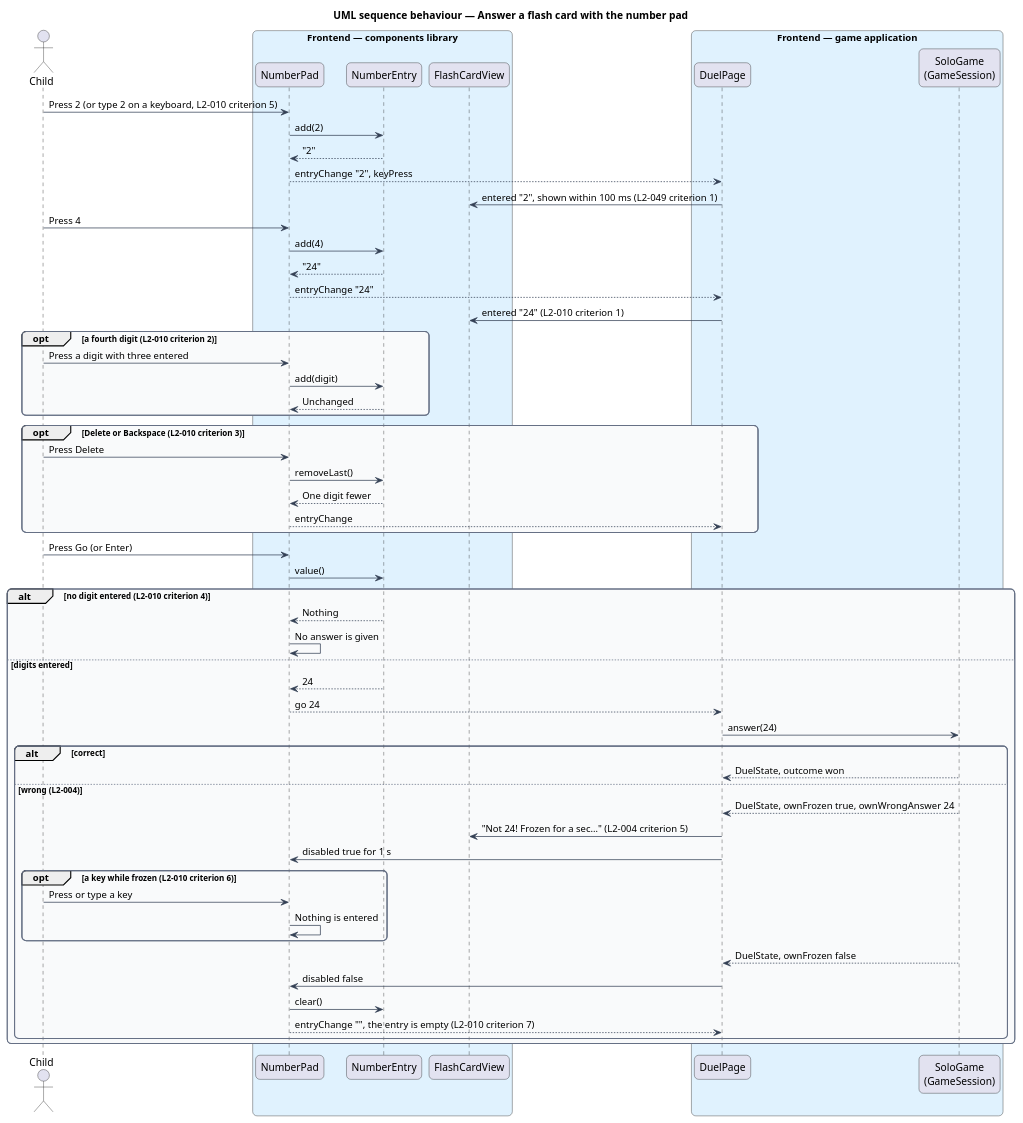
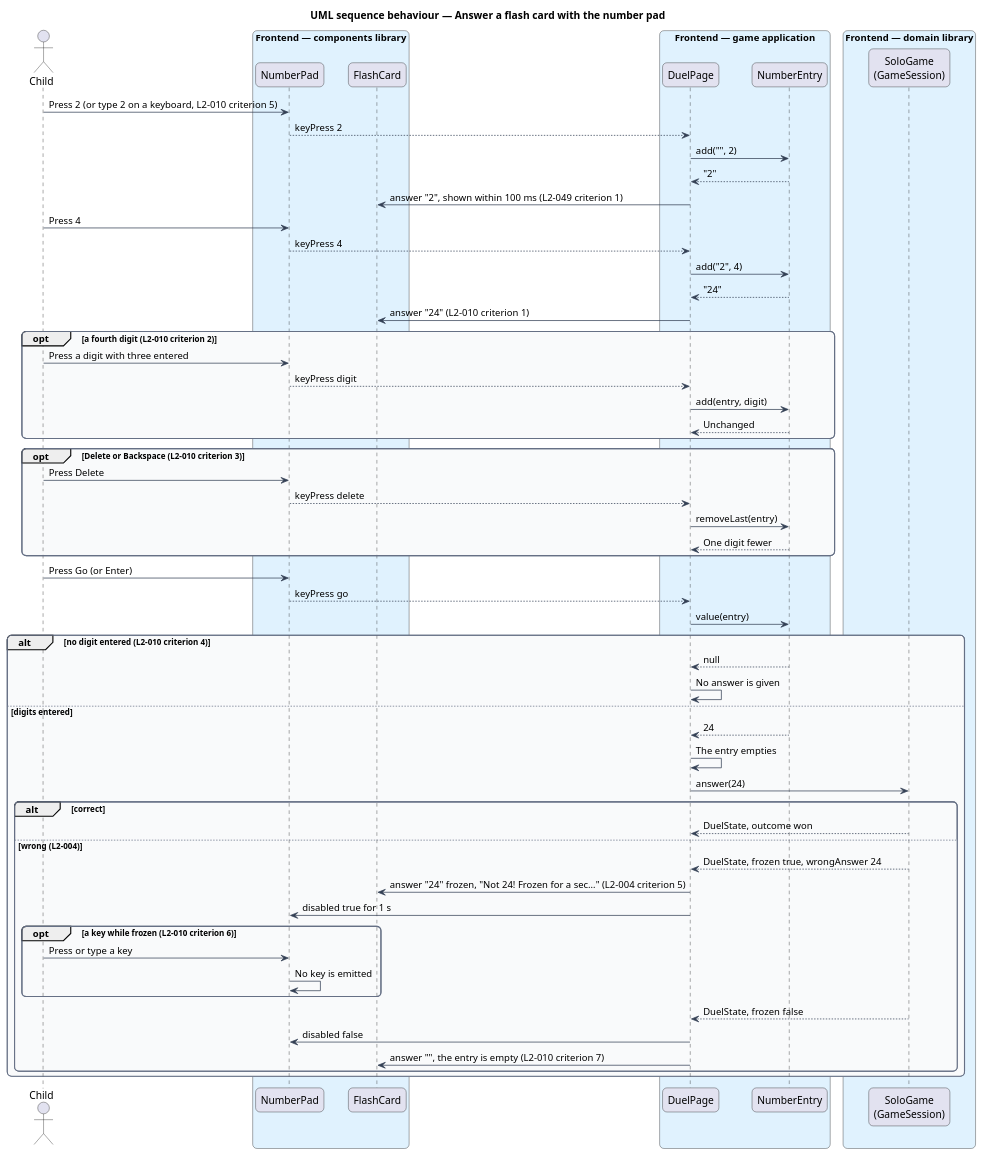
One commit to QuinntyneBrown/around-the-world changed the diagram in docs/detailed-designs/answering/answer-with-number-pad/diagrams/sequence-answer-with-number-pad.puml. Above: the diagram before and after it, drawn with PlantUML. The commit also changed 13 other files, not shown here.

First line of the commit message:
Align the designs with the solo duel, and mark journey 04 complete

```diff
--- a/docs/detailed-designs/answering/answer-with-number-pad/diagrams/sequence-answer-with-number-pad.puml
+++ b/docs/detailed-designs/answering/answer-with-number-pad/diagrams/sequence-answer-with-number-pad.puml
@@ -1,73 +1,76 @@
 @startuml
 title UML sequence behaviour — Answer a flash card with the number pad
 skinparam backgroundColor #FFFFFF
 skinparam shadowing false
 skinparam roundcorner 12
 skinparam defaultFontName Arial
 skinparam ArrowColor #344054
 skinparam rectangle {
   BorderColor #344054
   FontColor #101828
 }
 skinparam package {
   BorderColor #667085
   FontColor #101828
   BackgroundColor #F9FAFB
 }
 actor "Child" as child
 box "Frontend — components library" #E0F2FE
   participant "NumberPad" as pad
-  participant "NumberEntry" as entry
-  participant "FlashCardView" as card
+  participant "FlashCard" as card
 end box
 box "Frontend — game application" #E0F2FE
   participant "DuelPage" as page
+  participant "NumberEntry" as entry
+end box
+box "Frontend — domain library" #E0F2FE
   participant "SoloGame\n(GameSession)" as solo
 end box
 child -> pad : Press 2 (or type 2 on a keyboard, L2-010 criterion 5)
-pad -> entry : add(2)
-entry --> pad : "2"
-pad --> page : entryChange "2", keyPress
-page -> card : entered "2", shown within 100 ms (L2-049 criterion 1)
+pad --> page : keyPress 2
+page -> entry : add("", 2)
+entry --> page : "2"
+page -> card : answer "2", shown within 100 ms (L2-049 criterion 1)
 child -> pad : Press 4
-pad -> entry : add(4)
-entry --> pad : "24"
-pad --> page : entryChange "24"
-page -> card : entered "24" (L2-010 criterion 1)
+pad --> page : keyPress 4
+page -> entry : add("2", 4)
+entry --> page : "24"
+page -> card : answer "24" (L2-010 criterion 1)
 opt a fourth digit (L2-010 criterion 2)
   child -> pad : Press a digit with three entered
-  pad -> entry : add(digit)
-  entry --> pad : Unchanged
+  pad --> page : keyPress digit
+  page -> entry : add(entry, digit)
+  entry --> page : Unchanged
 end
 opt Delete or Backspace (L2-010 criterion 3)
   child -> pad : Press Delete
-  pad -> entry : removeLast()
-  entry --> pad : One digit fewer
-  pad --> page : entryChange
+  pad --> page : keyPress delete
+  page -> entry : removeLast(entry)
+  entry --> page : One digit fewer
 end
 child -> pad : Press Go (or Enter)
-pad -> entry : value()
+pad --> page : keyPress go
+page -> entry : value(entry)
 alt no digit entered (L2-010 criterion 4)
-  entry --> pad : Nothing
-  pad -> pad : No answer is given
+  entry --> page : null
+  page -> page : No answer is given
 else digits entered
-  entry --> pad : 24
-  pad --> page : go 24
+  entry --> page : 24
+  page -> page : The entry empties
   page -> solo : answer(24)
   alt correct
     solo --> page : DuelState, outcome won
   else wrong (L2-004)
-    solo --> page : DuelState, ownFrozen true, ownWrongAnswer 24
-    page -> card : "Not 24! Frozen for a sec…" (L2-004 criterion 5)
+    solo --> page : DuelState, frozen true, wrongAnswer 24
+    page -> card : answer "24" frozen, "Not 24! Frozen for a sec…" (L2-004 criterion 5)
     page -> pad : disabled true for 1 s
     opt a key while frozen (L2-010 criterion 6)
       child -> pad : Press or type a key
-      pad -> pad : Nothing is entered
+      pad -> pad : No key is emitted
     end
-    solo --> page : DuelState, ownFrozen false
+    solo --> page : DuelState, frozen false
     page -> pad : disabled false
-    pad -> entry : clear()
-    pad --> page : entryChange "", the entry is empty (L2-010 criterion 7)
+    page -> card : answer "", the entry is empty (L2-010 criterion 7)
   end
 end
 @enduml
```
